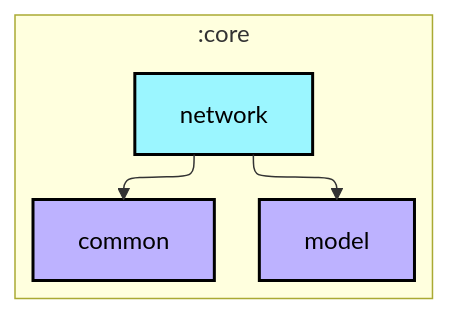
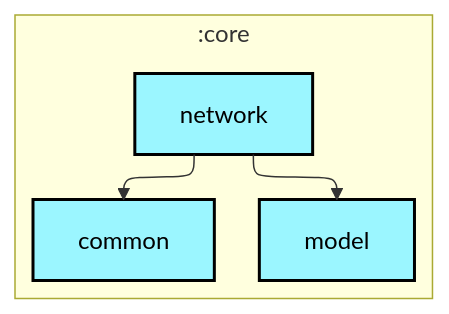
The first of 2 diagrams in core/network/README.md (lihenggui/nowinkmp), drawn with Mermaid before and after one commit. The commit also changed other lines of this file and 29 other files, not shown here.

First line of the commit message:
Fix graphUpdate configuration cache compatibility

````diff
--- a/core/network/README.md
+++ b/core/network/README.md
@@ -6,25 +6,25 @@
 ```mermaid
 ---
 config:
   layout: elk
   elk:
     nodePlacementStrategy: SIMPLE
 ---
 graph TB
   subgraph :core
     direction TB
-    :core:common[common]:::jvm-library
-    :core:model[model]:::jvm-library
-    :core:network[network]:::android-library
+    :core:common[common]:::kmp-library
+    :core:model[model]:::kmp-library
+    :core:network[network]:::kmp-library
   end
 
   :core:network --> :core:common
   :core:network --> :core:model
 
-classDef android-application fill:#CAFFBF,stroke:#000,stroke-width:2px,color:#000;
-classDef android-feature fill:#FFD6A5,stroke:#000,stroke-width:2px,color:#000;
-classDef android-library fill:#9BF6FF,stroke:#000,stroke-width:2px,color:#000;
+classDef cmp-application fill:#CAFFBF,stroke:#000,stroke-width:2px,color:#000;
+classDef cmp-feature fill:#FFD6A5,stroke:#000,stroke-width:2px,color:#000;
+classDef kmp-library fill:#9BF6FF,stroke:#000,stroke-width:2px,color:#000;
+classDef jvm-library fill:#BDB2FF,stroke:#000,stroke-width:2px,color:#000;
 classDef android-test fill:#A0C4FF,stroke:#000,stroke-width:2px,color:#000;
-classDef jvm-library fill:#BDB2FF,stroke:#000,stroke-width:2px,color:#000;
 classDef unknown fill:#FFADAD,stroke:#000,stroke-width:2px,color:#000;
 ```
````
